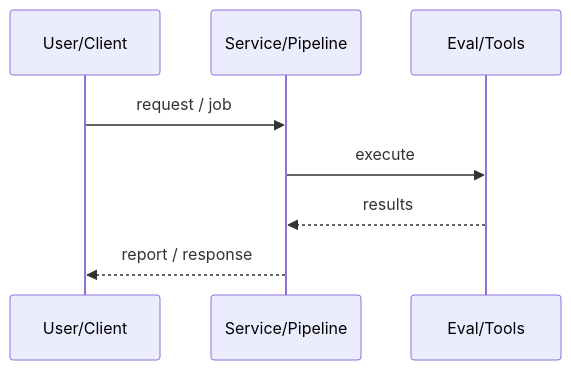
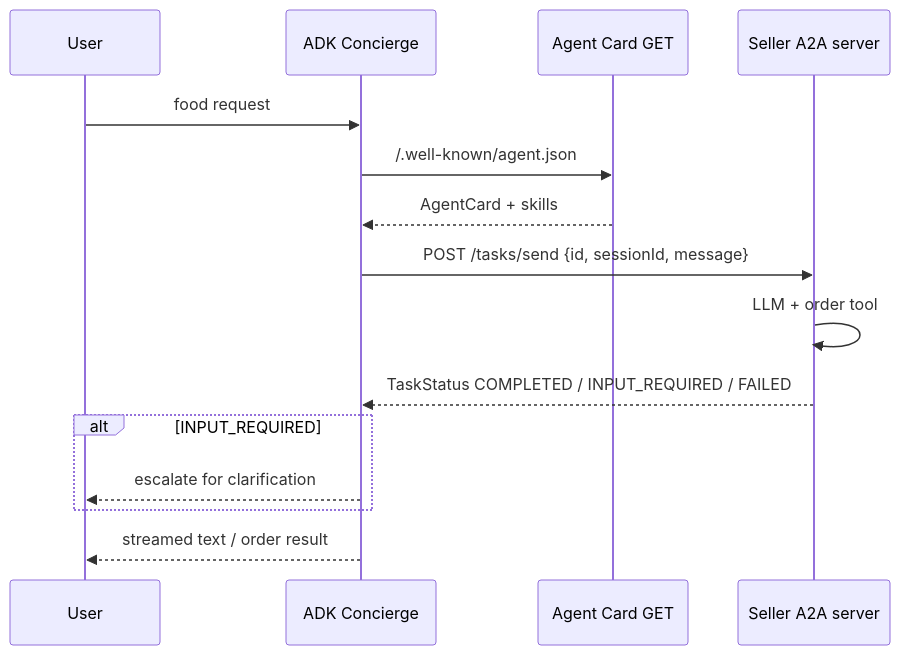
One commit to ArchanaChetan07/Multi-Agent-AI-Purchasing-System-with-Google-ADK-AMD-Instinct-GPUs changed the sixth of 8 diagrams in README.md. Above: the diagram before and after it, drawn with Mermaid. The commit also changed other lines of this file, not shown here.

Commit message:
docs: FAANG-ready README with A2A architecture diagrams and config-backed metrics

````diff
--- a/README.md
+++ b/README.md
@@ -37,10 +139,17 @@
 ```mermaid
 sequenceDiagram
-  participant U as User/Client
-  participant S as Service/Pipeline
-  participant E as Eval/Tools
-  U->>S: request / job
-  S->>E: execute
-  E-->>S: results
-  S-->>U: report / response
+  participant U as User
+  participant R as ADK Concierge
+  participant C as Agent Card GET
+  participant S as Seller A2A server
+  U->>R: food request
+  R->>C: /.well-known/agent.json
+  C-->>R: AgentCard + skills
+  R->>S: POST /tasks/send {id, sessionId, message}
+  S->>S: LLM + order tool
+  S-->>R: TaskStatus COMPLETED / INPUT_REQUIRED / FAILED
+  alt INPUT_REQUIRED
+    R-->>U: escalate for clarification
+  end
+  R-->>U: streamed text / order result
 ```
````
